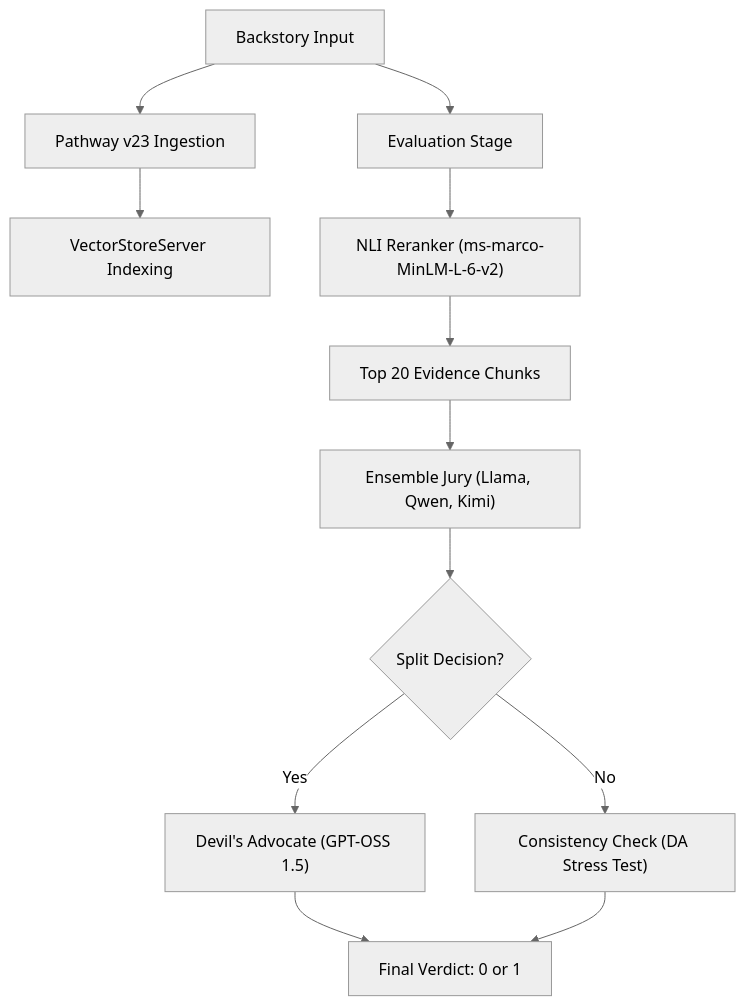
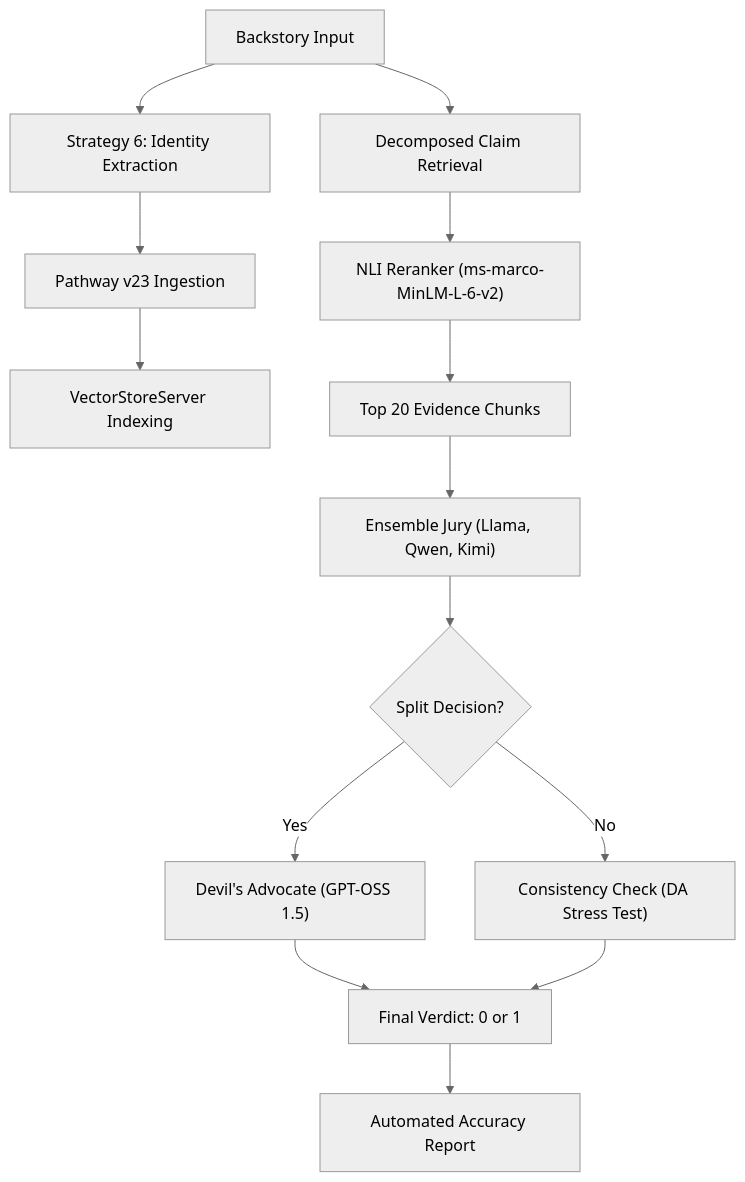
Before and after one commit to ArindamTripathi619/epochzero_KDSH_2026: the diagram in DOCS/Project_Report.md, drawn with Mermaid (neutral theme). The commit also changed other lines of this file and 5 other files, not shown here.

Commit message:
feat: implement strategy 6 identity extraction and automated lifecycle v4.0

````diff
--- a/DOCS/Project_Report.md
+++ b/DOCS/Project_Report.md
@@ -21,16 +21,19 @@
 ```mermaid
 graph TD
-    A[Backstory Input] --> B[Pathway v23 Ingestion]
-    B --> C[VectorStoreServer Indexing]
+    A[Backstory Input] --> B[Strategy 6: Identity Extraction]
+    B --> C[Pathway v23 Ingestion]
+    C --> D[VectorStoreServer Indexing]
     
-    A --> D[Evaluation Stage]
-    D --> E["NLI Reranker (ms-marco-MinLM-L-6-v2)"]
-    E --> F["Top 20 Evidence Chunks"]
+    A --> E[Decomposed Claim Retrieval]
+    E --> F["NLI Reranker (ms-marco-MinLM-L-6-v2)"]
+    F --> G["Top 20 Evidence Chunks"]
     
-    F --> G["Ensemble Jury (Llama, Qwen, Kimi)"]
-    G --> H{Split Decision?}
-    H -- Yes --> I["Devil's Advocate (GPT-OSS 1.5)"]
-    H -- No --> J["Consistency Check (DA Stress Test)"]
-    I --> K[Final Verdict: 0 or 1]
-    J --> K
+    G --> H["Ensemble Jury (Llama, Qwen, Kimi)"]
+    H --> I{Split Decision?}
+    I -- Yes --> J["Devil's Advocate (GPT-OSS 1.5)"]
+    I -- No --> K["Consistency Check (DA Stress Test)"]
+    J --> L[Final Verdict: 0 or 1]
+    K --> L
+    
+    L --> M[Automated Accuracy Report]
 ```
````
